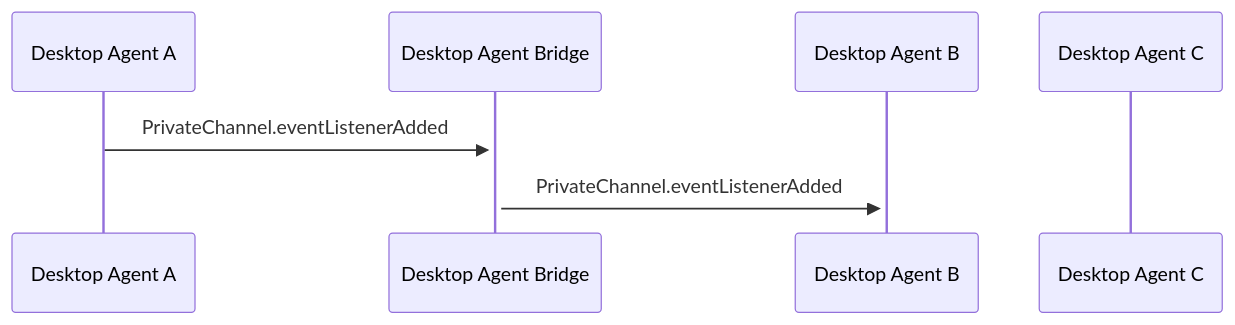
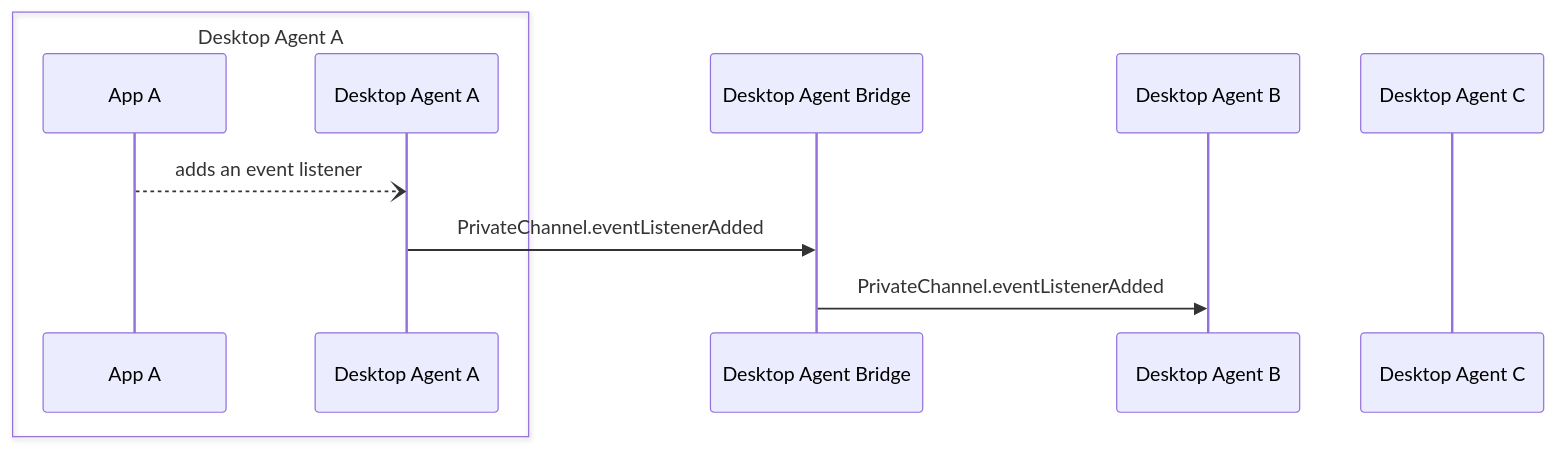
Before and after one commit to finos/FDC3: the diagram in docs/agent-bridging/ref/PrivateChannel.eventListenerAdded.md, drawn with Mermaid. The commit also changed 12 other files, not shown here.

First line of the commit message:
Add the app to each reference page mermaid diagram to clarify how mes… (#80)

````diff
--- a/docs/agent-bridging/ref/PrivateChannel.eventListenerAdded.md
+++ b/docs/agent-bridging/ref/PrivateChannel.eventListenerAdded.md
@@ -25,9 +25,13 @@
 ```mermaid
 sequenceDiagram
+    box Desktop Agent A
+    participant AA as App A
     participant DA as Desktop Agent A
+    end
     participant DAB as Desktop Agent Bridge
     participant DB as Desktop Agent B
     participant DC as Desktop Agent C
-    DA ->>+ DAB: PrivateChannel.eventListenerAdded
-    DAB ->>+ DB: PrivateChannel.eventListenerAdded
+    AA --) DA: adds an event listener
+    DA ->> DAB: PrivateChannel.eventListenerAdded
+    DAB ->> DB: PrivateChannel.eventListenerAdded
 ```
````
